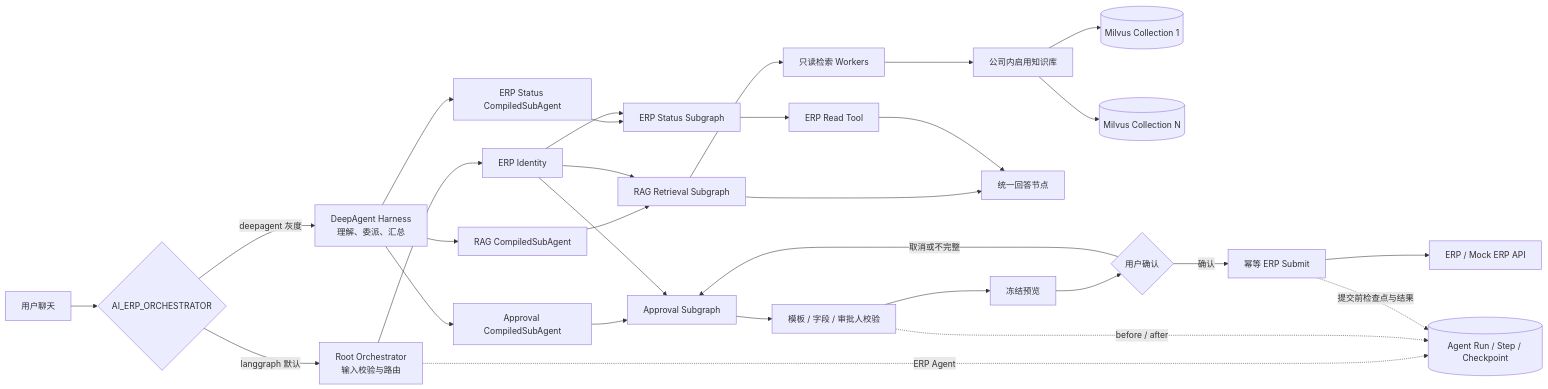
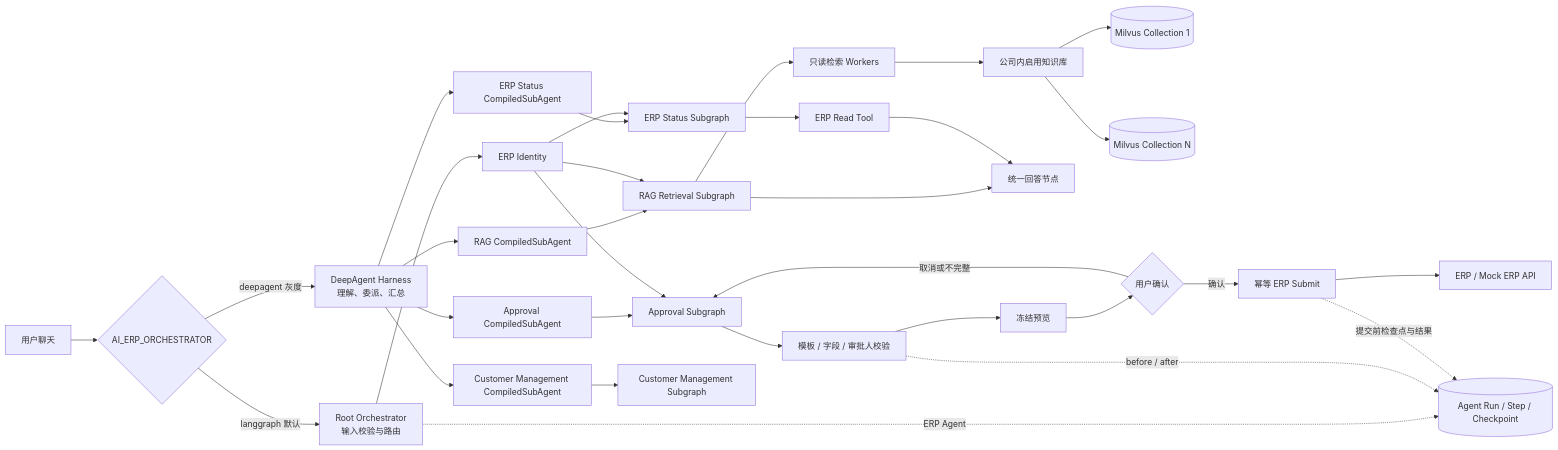
Before and after one commit to sangdongbo/langchain_study: the diagram in ai_erp_rag_assistant/docs/ARCHITECTURE.md, drawn with Mermaid. The commit also changed other lines of this file and 48208 other files, not shown here.

````diff
--- a/ai_erp_rag_assistant/docs/ARCHITECTURE.md
+++ b/ai_erp_rag_assistant/docs/ARCHITECTURE.md
@@ -3,32 +3,34 @@
 ```mermaid
 flowchart LR
     U[用户聊天] --> O{AI_ERP_ORCHESTRATOR}
     O -->|langgraph 默认| G[Root Orchestrator\n输入校验与路由]
     O -->|deepagent 灰度| H[DeepAgent Harness\n理解、委派、汇总]
     H --> CR[RAG CompiledSubAgent]
     H --> CS[ERP Status CompiledSubAgent]
     H --> CA[Approval CompiledSubAgent]
+    H --> CC[Customer Management CompiledSubAgent]
     CR --> R
     CS --> S
     CA --> A
+    CC --> CM[Customer Management Subgraph]
     G --> I[ERP Identity]
     I --> R[RAG Retrieval Subgraph]
     I --> S[ERP Status Subgraph]
     I --> A[Approval Subgraph]
     R --> W1[只读检索 Workers]
     W1 --> K[公司内启用知识库]
     K --> M1[(Milvus Collection 1)]
     K --> M2[(Milvus Collection N)]
     R --> L[统一回答节点]
     S --> E[ERP Read Tool]
     E --> L
     A --> F[模板 / 字段 / 审批人校验]
     F --> P[冻结预览]
     P --> C{用户确认}
     C -->|确认| T[幂等 ERP Submit]
     C -->|取消或不完整| A
     T --> API[ERP / Mock ERP API]
     G -. ERP Agent .-> D[(Agent Run / Step / Checkpoint)]
     F -. before / after .-> D
     T -. 提交前检查点与结果 .-> D
 ```
````
